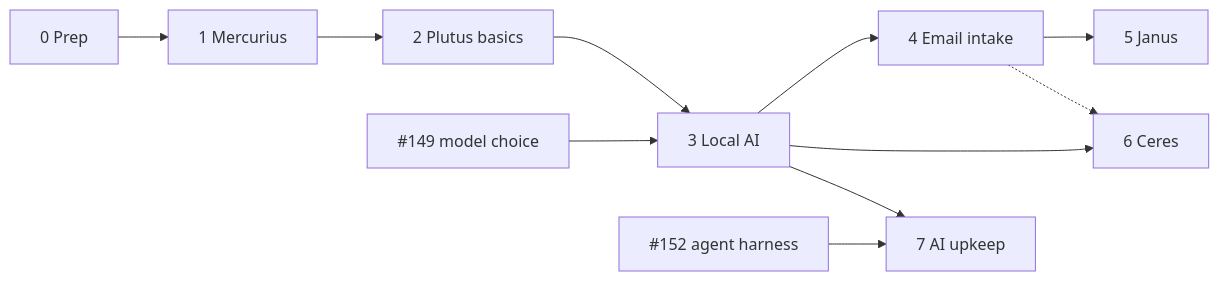
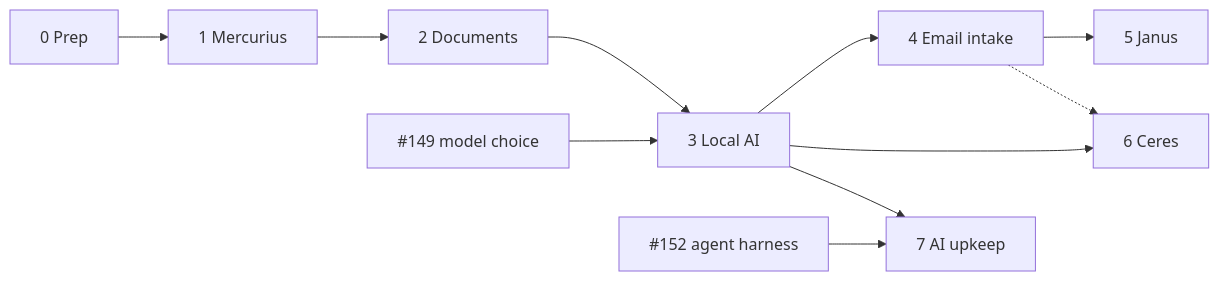
The diagram in automation/plans/roadmap.md (hsimah/the-loft), drawn with Mermaid before and after one commit. The commit also changed other lines of this file and 14 other files, not shown here.

````diff
--- a/automation/plans/roadmap.md
+++ b/automation/plans/roadmap.md
@@ -7,10 +7,10 @@
 ```mermaid
 flowchart LR
-  p0[0 Prep] --> p1[1 Mercurius] --> p2[2 Plutus basics] --> p3[3 Local AI]
+  p0[0 Prep] --> p1[1 Mercurius] --> p2[2 Documents] --> p3[3 Local AI]
   p3 --> p4[4 Email intake] --> p5[5 Janus]
   p3 --> p6[6 Ceres]
   p4 -.-> p6
   p3 --> p7[7 AI upkeep]
   c149[#149 model choice] --> p3
   c152[#152 agent harness] --> p7
 ```
````
